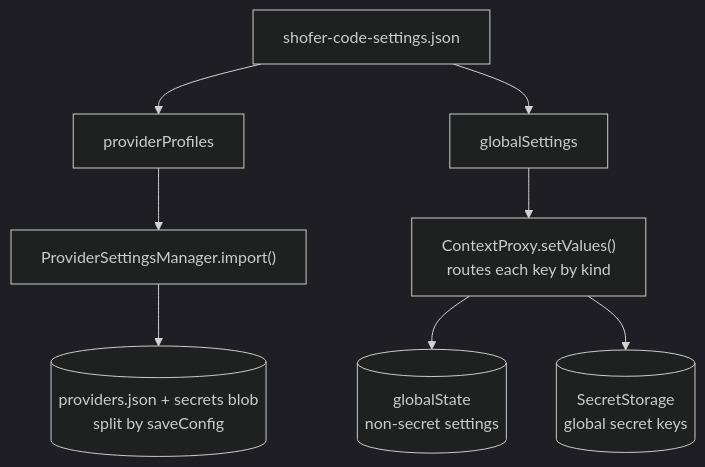
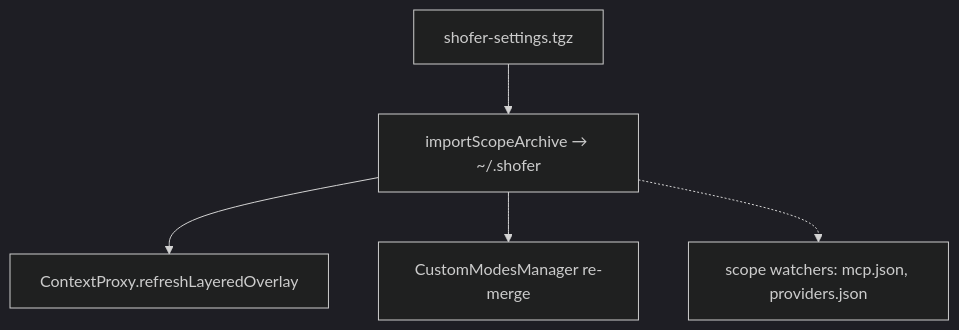
Before and after one commit to shofer-dev/shofer: the fourth of 5 diagrams in docs/settings_overlay.md, drawn with Mermaid (dark theme). The commit also changed other lines of this file and 18 other files, not shown here.

First line of the commit message:
feat(config)!: scope selector for settings writes; export/import become scope archives

````diff
--- a/docs/settings_overlay.md
+++ b/docs/settings_overlay.md
@@ -910,18 +858,13 @@
 ```mermaid
 flowchart TD
-    F["shofer-code-settings.json"]
-    PP["providerProfiles"]
-    GSJ["globalSettings"]
-    PSM["ProviderSettingsManager.import()"]
-    CPX["ContextProxy.setValues()<br/>routes each key by kind"]
-    BLOB[("providers.json + secrets blob<br/>split by saveConfig")]
-    GST[("globalState<br/>non-secret settings")]
-    KEYS[("SecretStorage<br/>global secret keys")]
+    F["shofer-settings.tgz"]
+    UNPACK["importScopeArchive → ~/.shofer"]
+    OV["ContextProxy.refreshLayeredOverlay"]
+    MODES["CustomModesManager re-merge"]
+    WATCH["scope watchers: mcp.json, providers.json"]
 
-    F --> PP
-    F --> GSJ
-    PP --> PSM --> BLOB
-    GSJ --> CPX
-    CPX --> GST
-    CPX --> KEYS
+    F --> UNPACK
+    UNPACK --> OV
+    UNPACK --> MODES
+    UNPACK -.-> WATCH
 ```
````
